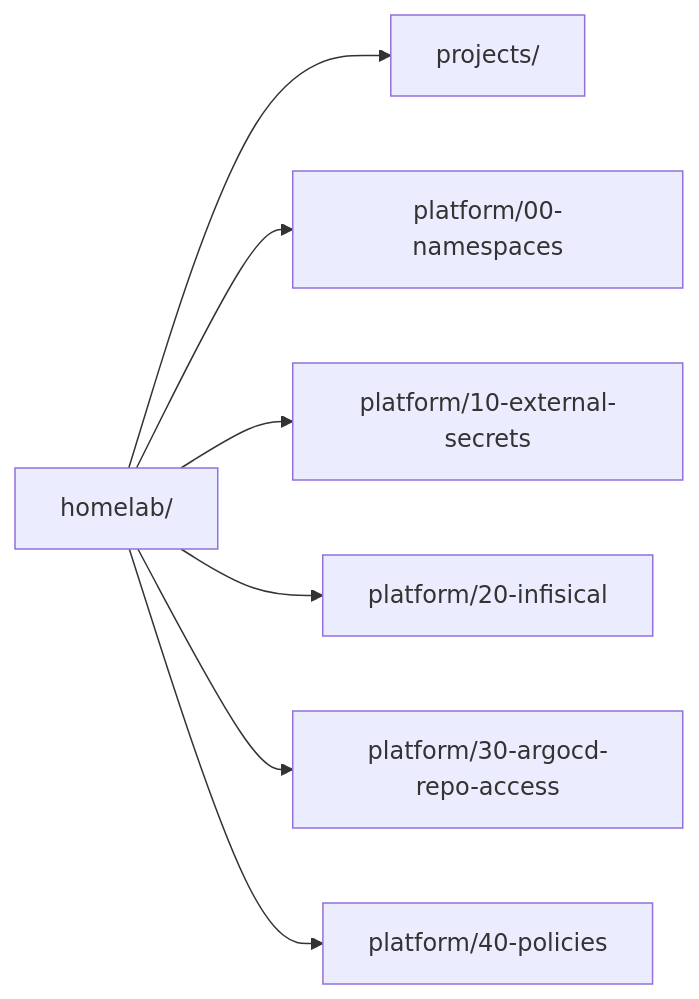
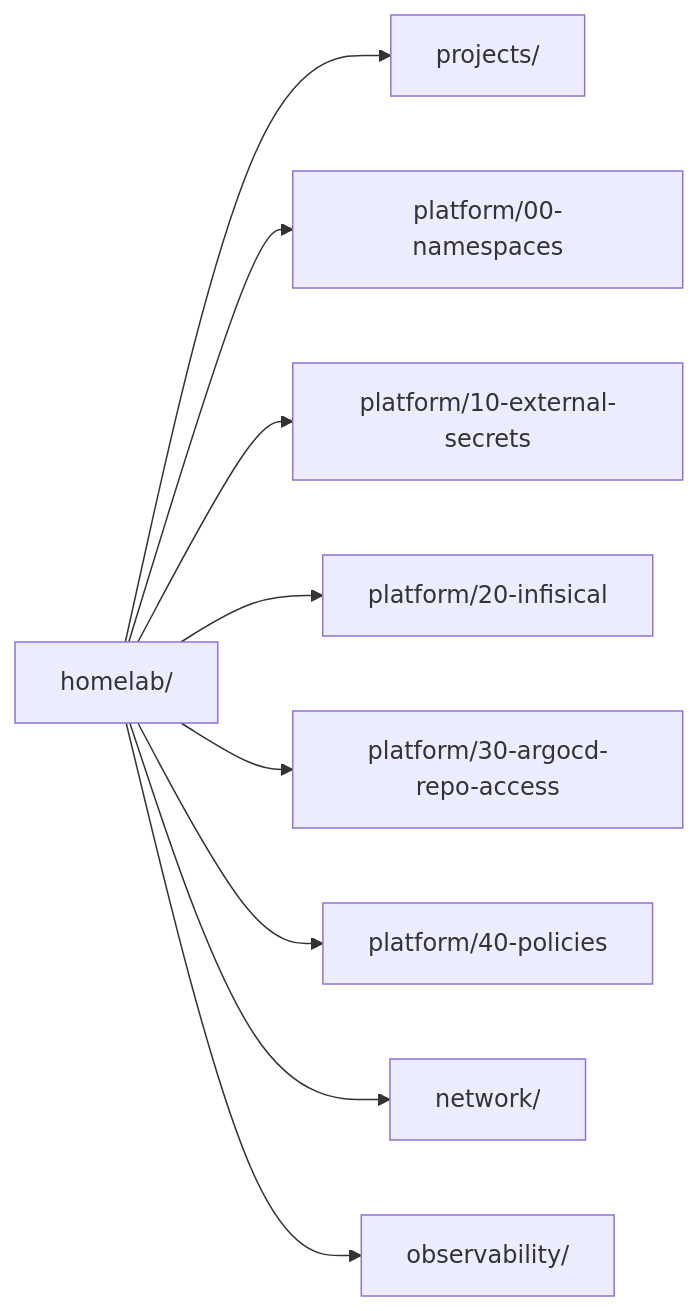
One commit to yanglianglu/homelab-platform changed the diagram in kubernetes/clusters/homelab/README.md. Above: the diagram before and after it, drawn with Mermaid. The commit also changed other lines of this file and 31 other files, not shown here.

````diff
--- a/kubernetes/clusters/homelab/README.md
+++ b/kubernetes/clusters/homelab/README.md
@@ -13,9 +13,11 @@
 ```mermaid
 flowchart LR
   Root["homelab/"] --> Projects["projects/"]
   Root --> Namespaces["platform/00-namespaces"]
   Root --> ExternalSecrets["platform/10-external-secrets"]
   Root --> Infisical["platform/20-infisical"]
   Root --> RepoAccess["platform/30-argocd-repo-access"]
   Root --> Policies["platform/40-policies"]
+  Root --> Network["network/"]
+  Root --> Observability["observability/"]
 ```
````
